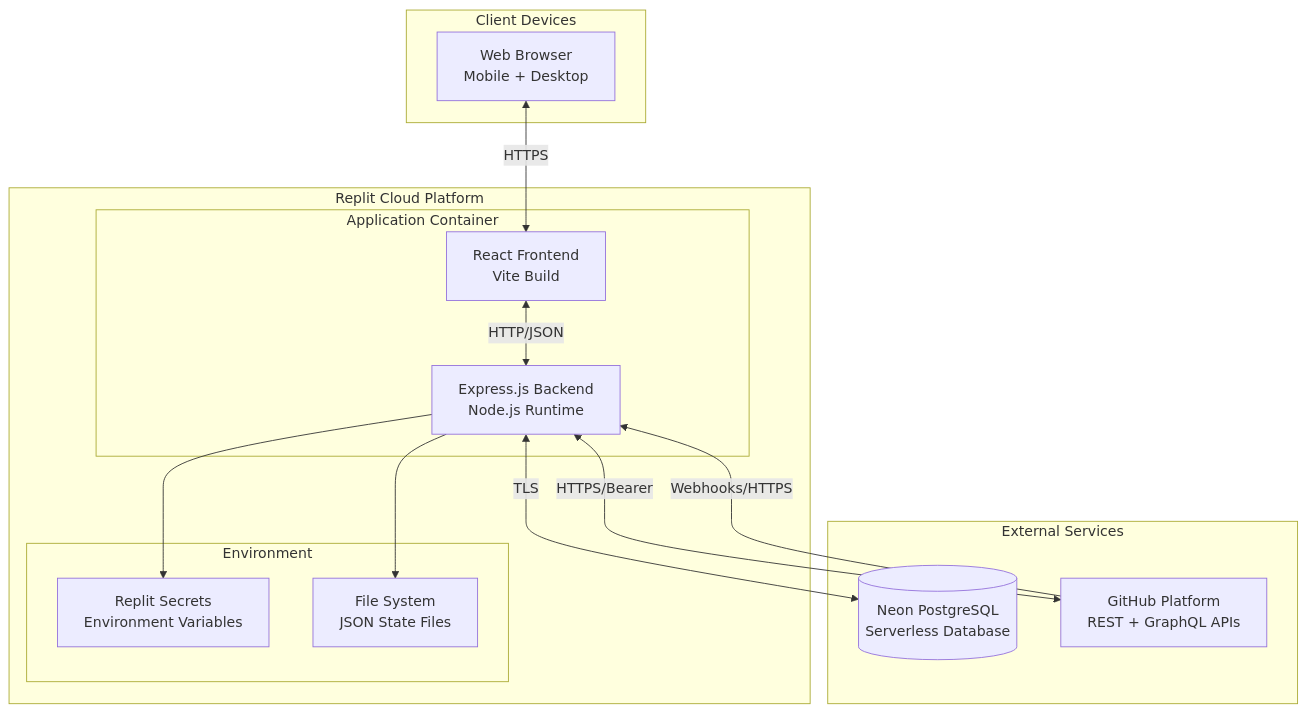
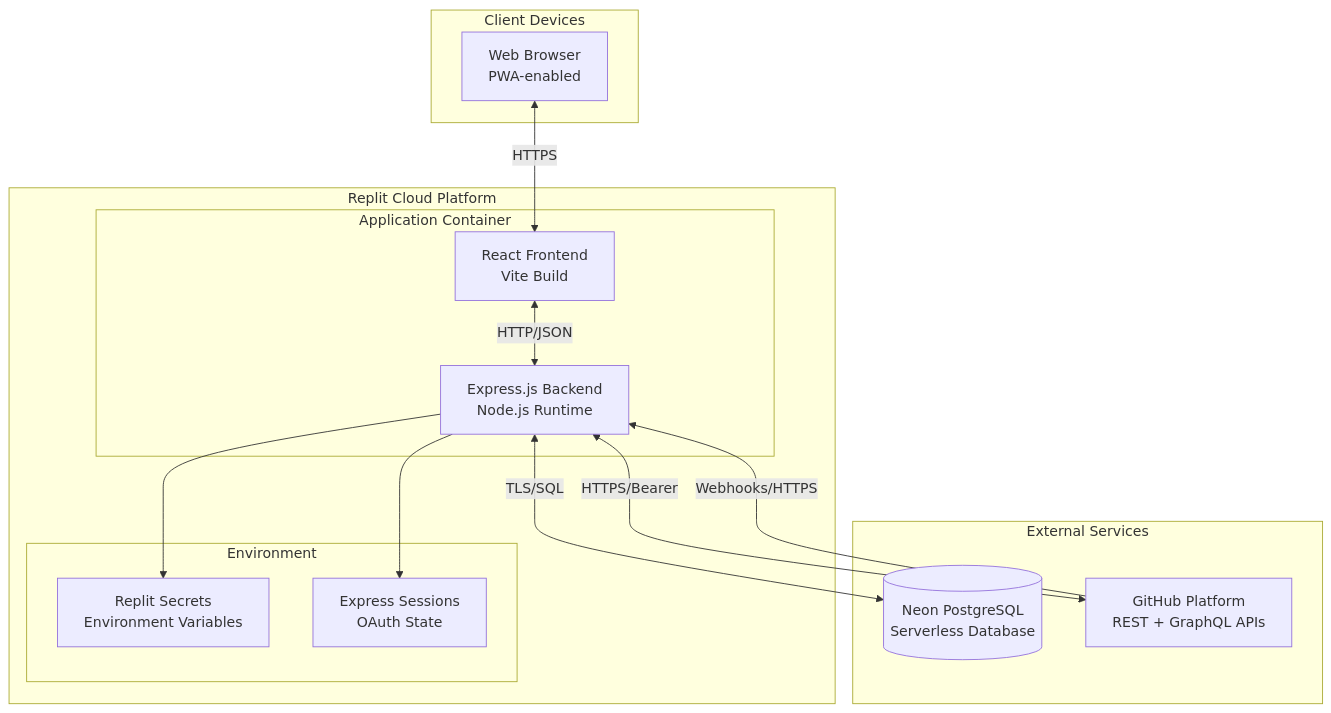
One commit to merlinbecker/githubHausmeister changed the tenth of 13 diagrams in documentation/arc42.md. Above: the diagram before and after it, drawn with Mermaid. The commit also changed other lines of this file, not shown here.

Commit message:
Final arc42 update: Remove all outdated JSON file references, update deployment and limitations

````diff
--- a/documentation/arc42.md
+++ b/documentation/arc42.md
@@ -1153,32 +1150,32 @@
 ```mermaid
 graph TB
     subgraph "Replit Cloud Platform"
         subgraph "Application Container"
             Frontend[React Frontend<br/>Vite Build]
             Backend[Express.js Backend<br/>Node.js Runtime]
         end
 
         subgraph "Environment"
             Secrets[Replit Secrets<br/>Environment Variables]
-            Storage[File System<br/>JSON State Files]
+            Sessions[Express Sessions<br/>OAuth State]
         end
     end
 
     subgraph "External Services"
         NeonDB[(Neon PostgreSQL<br/>Serverless Database)]
         GitHub[GitHub Platform<br/>REST + GraphQL APIs]
     end
 
     subgraph "Client Devices"
-        Browser[Web Browser<br/>Mobile + Desktop]
+        Browser[Web Browser<br/>PWA-enabled]
     end
 
     Browser <-->|HTTPS| Frontend
     Frontend <-->|HTTP/JSON| Backend
-    Backend <-->|TLS| NeonDB
+    Backend <-->|TLS/SQL| NeonDB
     Backend <-->|HTTPS/Bearer| GitHub
     Backend --> Secrets
-    Backend --> Storage
+    Backend --> Sessions
 
     GitHub -->|Webhooks/HTTPS| Backend
 ```
````
